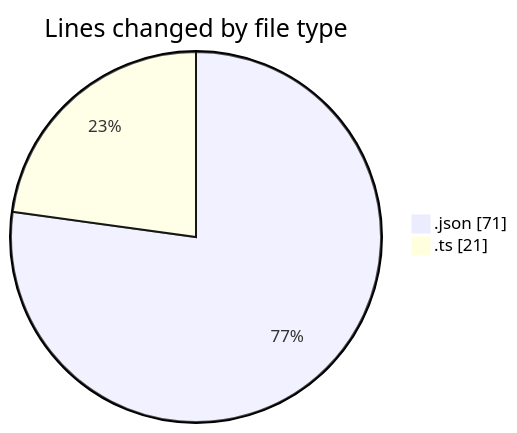
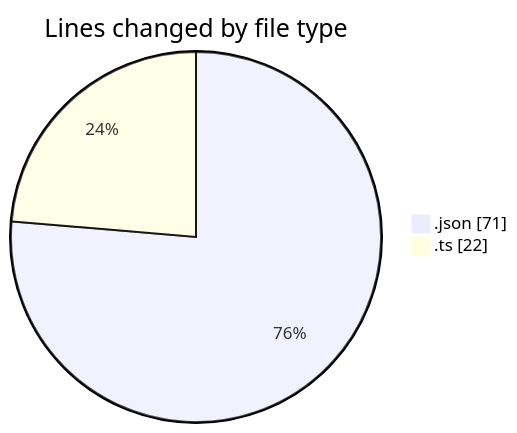
The first of 2 diagrams in 2025-02-06/cda/README.md (momahboobian/code-tracking), drawn with Mermaid before and after one commit. The commit also changed other lines of this file and 1 other file, not shown here.

````diff
--- a/2025-02-06/cda/README.md
+++ b/2025-02-06/cda/README.md
@@ -21,6 +21,6 @@
 ```mermaid
 pie showData
 title Lines changed by file type
 ".json" : 71
-".ts" : 21
+".ts" : 22
 ```
````
